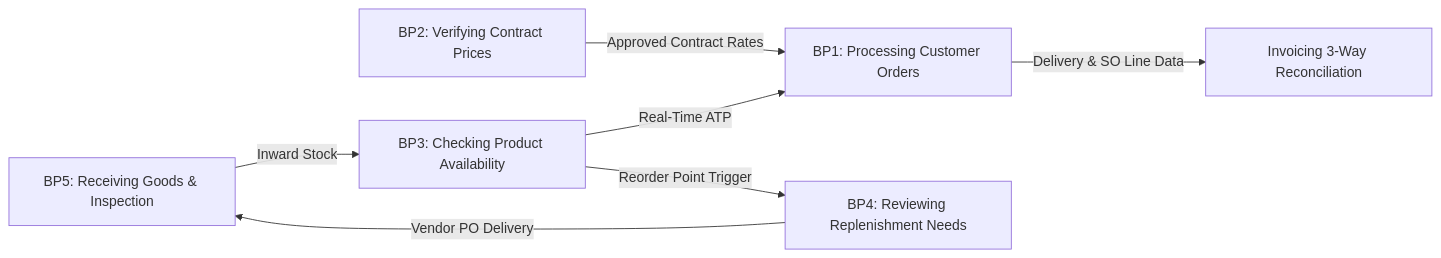
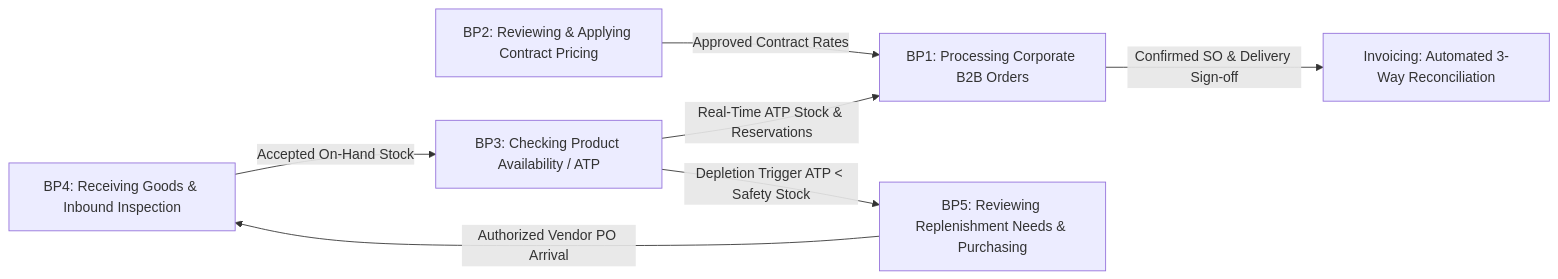
Before and after one commit to DYBInh2k5/Phan-Tich-He-Thong-Nghiep-Vu: the first of 3 diagrams in Project/Final Project/BRD_Official_Report_Group6.md, drawn with Mermaid. The commit also changed other lines of this file and 1 other file, not shown here.

````diff
--- a/Project/Final Project/BRD_Official_Report_Group6.md
+++ b/Project/Final Project/BRD_Official_Report_Group6.md
@@ -388,9 +424,9 @@
 ```mermaid
 graph LR
-    BP2[BP2: Verifying Contract Prices] -->|Approved Contract Rates| BP1[BP1: Processing Customer Orders]
-    BP5[BP5: Receiving Goods & Inspection] -->|Inward Stock| BP3[BP3: Checking Product Availability]
-    BP3 -->|Real-Time ATP| BP1
-    BP3 -->|Reorder Point Trigger| BP4[BP4: Reviewing Replenishment Needs]
-    BP4 -->|Vendor PO Delivery| BP5
-    BP1 -->|Delivery & SO Line Data| FIN[Invoicing 3-Way Reconciliation]
+    BP2[BP2: Reviewing & Applying Contract Pricing] -->|Approved Contract Rates| BP1[BP1: Processing Corporate B2B Orders]
+    BP4[BP4: Receiving Goods & Inbound Inspection] -->|Accepted On-Hand Stock| BP3[BP3: Checking Product Availability / ATP]
+    BP3 -->|Real-Time ATP Stock & Reservations| BP1
+    BP3 -->|Depletion Trigger ATP < Safety Stock| BP5[BP5: Reviewing Replenishment Needs & Purchasing]
+    BP5 -->|Authorized Vendor PO Arrival| BP4
+    BP1 -->|Confirmed SO & Delivery Sign-off| FIN[Invoicing: Automated 3-Way Reconciliation]
 ```
````
